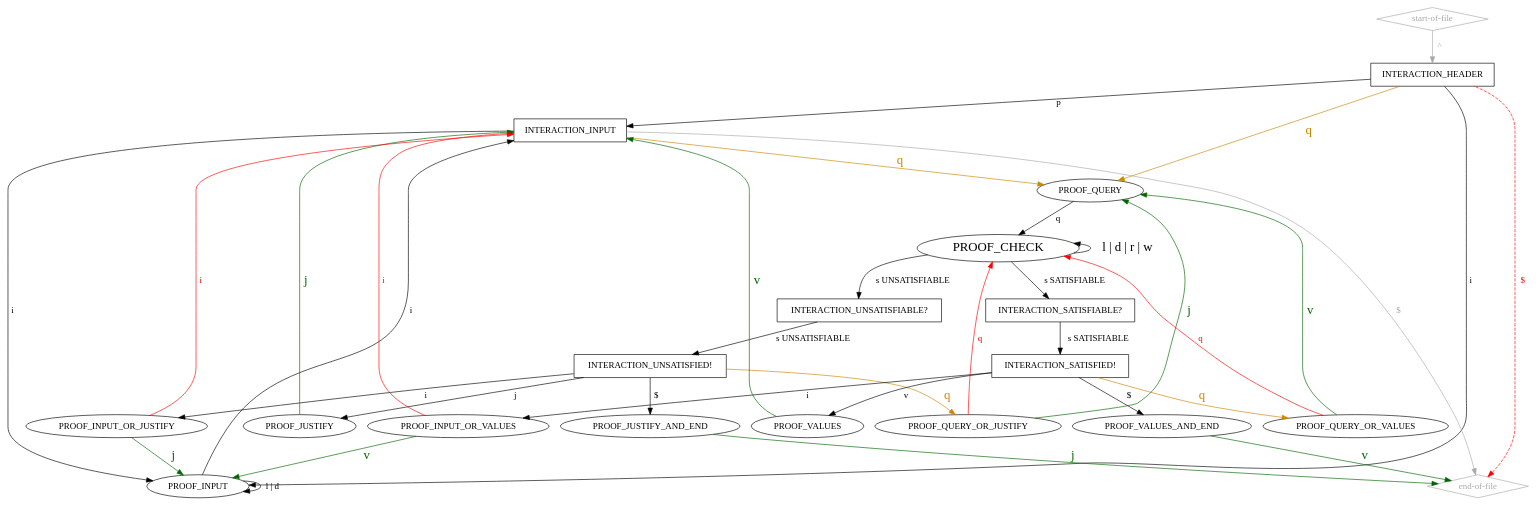
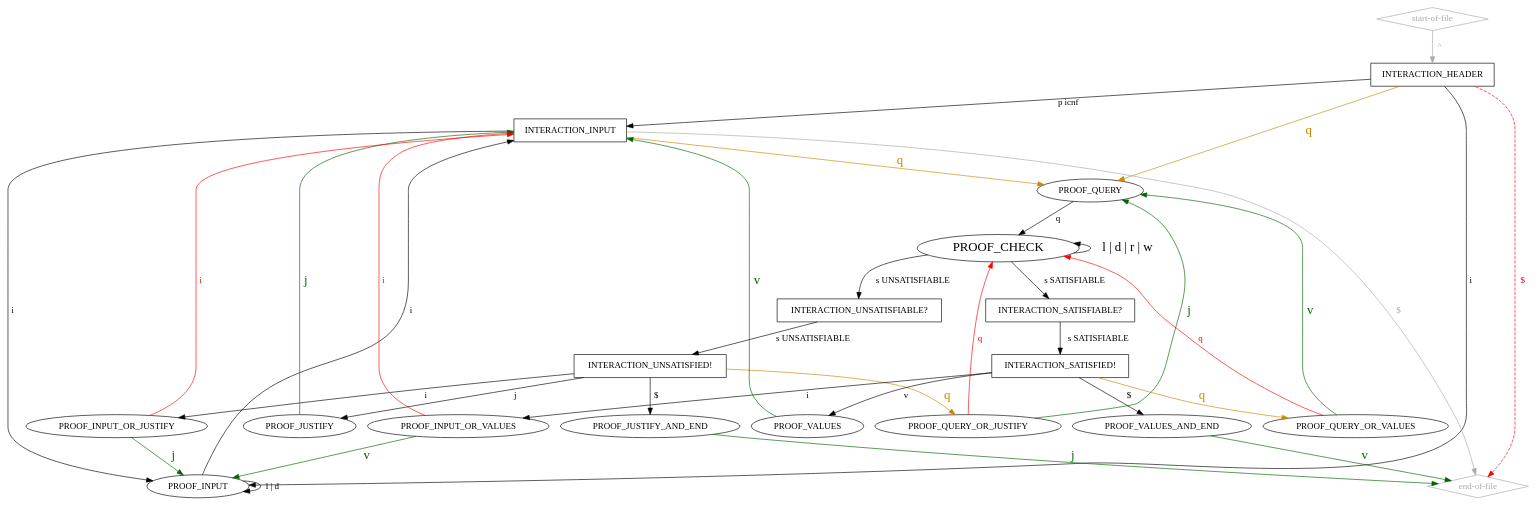
The diagram in idrup-check-relaxed.dot (arminbiere/lidrup-check), drawn with Graphviz before and after one commit. The commit also changed 20 other files, not shown here.

```diff
--- a/idrup-check-relaxed.dot
+++ b/idrup-check-relaxed.dot
@@ -1,67 +1,67 @@
 digraph "idrup-check" {
 
   "start-of-file" [shape=diamond,color=darkgray,fontcolor=darkgray];
   "start-of-file" -> INTERACTION_HEADER [label=" ^ ";weight=2,color=darkgray,fontcolor=darkgray];
 
   "end-of-file" [shape=diamond,color=darkgray,fontcolor=darkgray];
 
   // INTERACTION_HEADER -> "end-of-file";
   // INTERACTION_INPUT -> "end-of-file";
    "end-of-file" -> INTERACTION_HEADER [label="  $  ",dir=back,style=dashed,color=red,fontcolor=red];
    "end-of-file" -> INTERACTION_INPUT [label="$    ",dir=back,color=darkgray,fontcolor=darkgray];
 
   INTERACTION_HEADER [shape=box];
   INTERACTION_HEADER -> PROOF_INPUT [label=" i "];
   INTERACTION_HEADER -> PROOF_QUERY [label=" q ",color=orange3,fontsize=20,fontcolor=orange3];
-  INTERACTION_HEADER -> INTERACTION_INPUT [label=" p ",weight=2,color=black,fontcolor=black];
+  INTERACTION_HEADER -> INTERACTION_INPUT [label=" p icnf ",weight=2,color=black,fontcolor=black];
 
   INTERACTION_INPUT [shape=box];
   INTERACTION_INPUT -> PROOF_INPUT [label=" i ",weight=2];
   INTERACTION_INPUT -> PROOF_QUERY [label=" q ",weight=2,color=orange3,fontsize=20,fontcolor=orange3];
 
   PROOF_INPUT -> INTERACTION_INPUT [label=" i "];
   PROOF_INPUT -> PROOF_INPUT [label=" l | d "];
 
   PROOF_QUERY -> PROOF_CHECK [label=" q "];
 
   PROOF_CHECK [fontsize=20];
   PROOF_CHECK -> PROOF_CHECK [label=" l | d | r | w ",dir=back,fontsize=20];
   PROOF_CHECK -> INTERACTION_SATISFIABLE [label=" s SATISFIABLE "];
   PROOF_CHECK -> INTERACTION_UNSATISFIABLE [label=" s UNSATISFIABLE "];
 
   INTERACTION_UNSATISFIABLE [shape="box",label="INTERACTION_UNSATISFIABLE?"];
   INTERACTION_UNSATISFIABLE -> INTERACTION_UNSATISFIED [label=" s UNSATISFIABLE "];
 
   INTERACTION_SATISFIABLE [shape="box",label="INTERACTION_SATISFIABLE?"];
   INTERACTION_SATISFIABLE -> INTERACTION_SATISFIED [label=" s SATISFIABLE "];
 
   INTERACTION_SATISFIED [shape=box,label="INTERACTION_SATISFIED!"];
   INTERACTION_SATISFIED -> PROOF_VALUES [label=" v "];
   INTERACTION_SATISFIED -> PROOF_INPUT_OR_VALUES [label=" i "];
   INTERACTION_SATISFIED -> PROOF_QUERY_OR_VALUES [label=" q ", color=orange3,fontsize=20,fontcolor=orange3];
   INTERACTION_SATISFIED -> PROOF_VALUES_AND_END [label=" $ "];
 
   INTERACTION_UNSATISFIED [shape=box,label="INTERACTION_UNSATISFIED!"];
   INTERACTION_UNSATISFIED -> PROOF_JUSTIFY [label=" j "];
   INTERACTION_UNSATISFIED -> PROOF_INPUT_OR_JUSTIFY [label=" i "];
   INTERACTION_UNSATISFIED -> PROOF_QUERY_OR_JUSTIFY [label=" q ",color=orange3,fontsize=20,fontcolor=orange3];
   INTERACTION_UNSATISFIED -> PROOF_JUSTIFY_AND_END [label=" $ "];
 
   PROOF_VALUES_AND_END -> "end-of-file" [label=" v ",color=darkgreen,fontsize=20,fontcolor=darkgreen];
   PROOF_JUSTIFY_AND_END -> "end-of-file" [label=" j ",color=darkgreen,fontsize=20,fontcolor=darkgreen];
 
   PROOF_VALUES -> INTERACTION_INPUT [label=" v ",color=darkgreen,fontsize=20,fontcolor=darkgreen];
   PROOF_JUSTIFY -> INTERACTION_INPUT [label=" j ",color=darkgreen,fontsize=20,fontcolor=darkgreen];
 
   PROOF_INPUT_OR_VALUES -> INTERACTION_INPUT [label=" i ",color=red,fontcolor=red];
   PROOF_INPUT_OR_VALUES -> PROOF_INPUT [label=" v ", color=darkgreen,fontcolor=darkgreen,fontsize=20];
 
   PROOF_QUERY_OR_VALUES -> PROOF_QUERY [label=" v ",color=darkgreen,fontcolor=darkgreen,fontsize=20];
   PROOF_QUERY_OR_VALUES -> PROOF_CHECK [label=" q ",color=red,fontcolor=red];
 
   PROOF_QUERY_OR_JUSTIFY -> PROOF_QUERY [label=" j ",color=darkgreen,fontcolor=darkgreen,fontsize=20];
   PROOF_QUERY_OR_JUSTIFY -> PROOF_CHECK [label=" q ",color=red,fontcolor=red];
 
   PROOF_INPUT_OR_JUSTIFY -> PROOF_INPUT [label=" j ",color=darkgreen,fontcolor=darkgreen,fontsize=20];
   PROOF_INPUT_OR_JUSTIFY -> INTERACTION_INPUT [label=" i ",color=red,fontcolor=red];
 }
```
